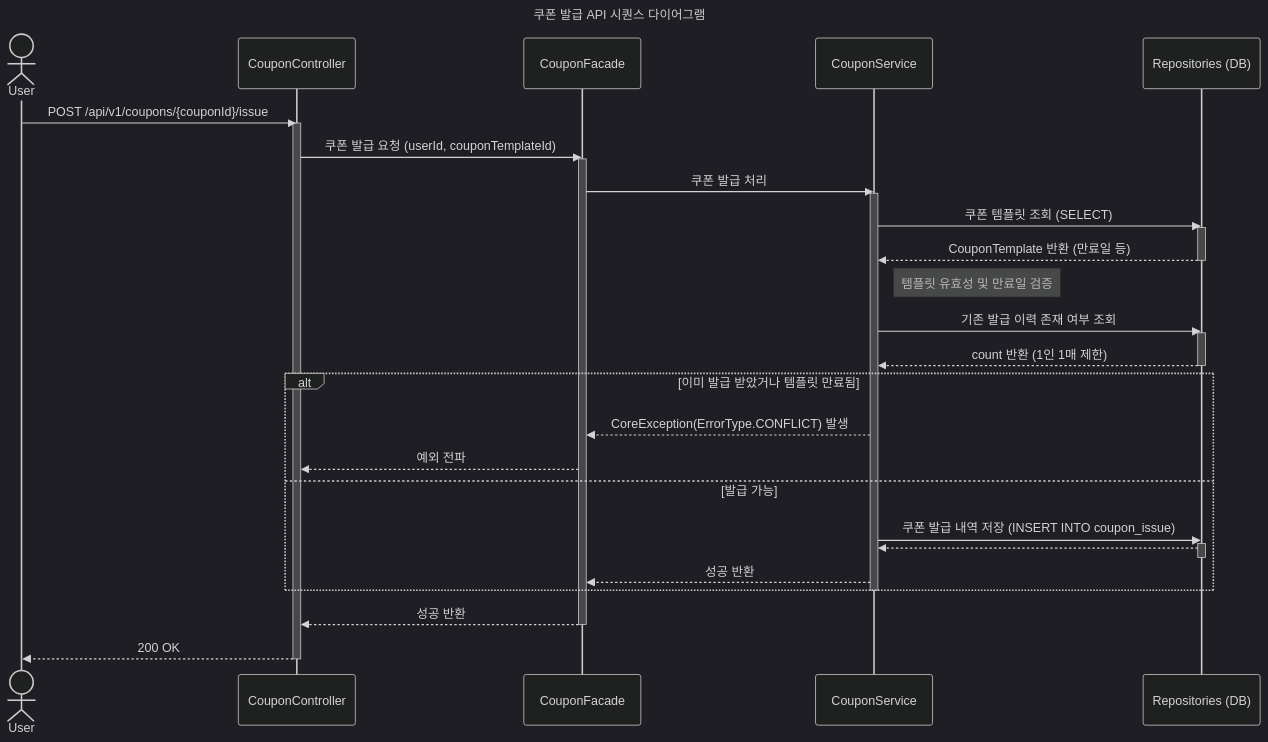
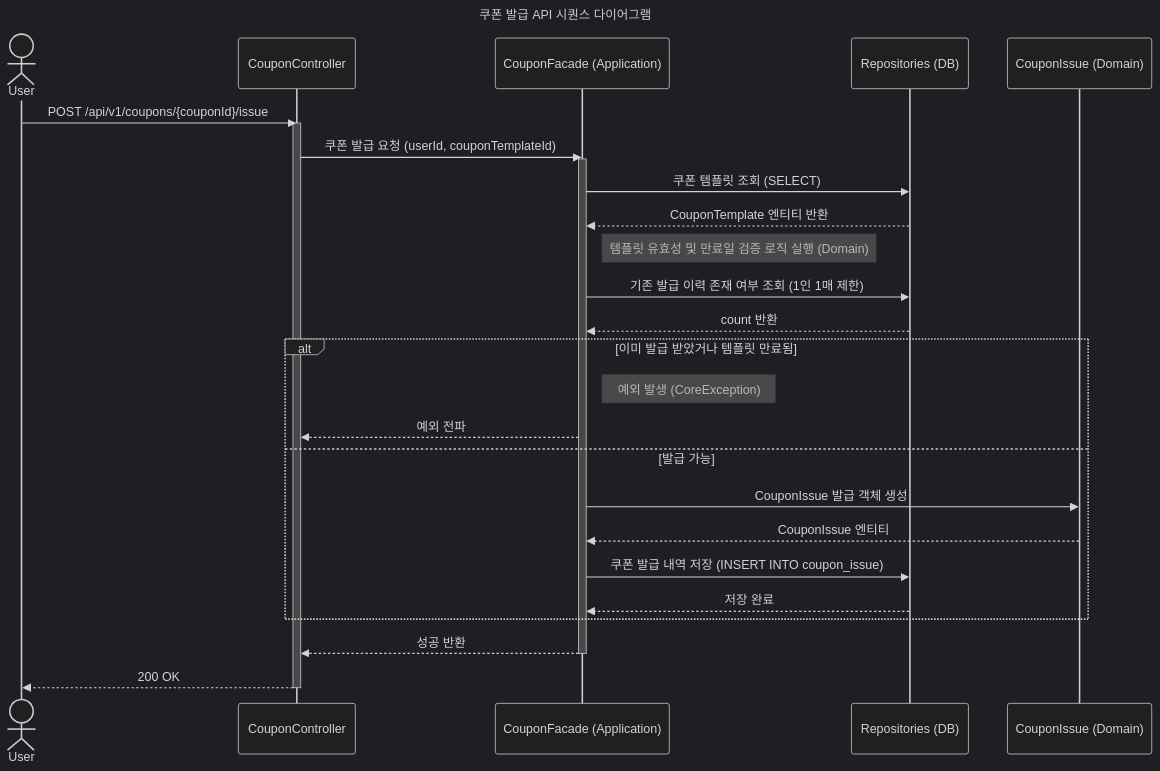
The fourth of 5 diagrams in docs/week2/02-sequence-diagrams.md (loopers-labs/loop-pack-be-l2-vol4-java), drawn with Mermaid (dark theme) before and after one commit. The commit also changed other lines of this file and 1 other file, not shown here.

````diff
--- a/docs/week2/02-sequence-diagrams.md
+++ b/docs/week2/02-sequence-diagrams.md
@@ -242,50 +132,37 @@
 ```mermaid
 sequenceDiagram
     title 쿠폰 발급 API 시퀀스 다이어그램
     actor User
     participant Controller as CouponController
-    participant Facade as CouponFacade
-    participant CouponSvc as CouponService
+    participant Facade as CouponFacade (Application)
     participant Repo as Repositories (DB)
+    participant Domain as CouponIssue (Domain)
 
     User->>Controller: POST /api/v1/coupons/{couponId}/issue
     activate Controller
 
     Controller->>Facade: 쿠폰 발급 요청 (userId, couponTemplateId)
     activate Facade
 
+    Facade->>Repo: 쿠폰 템플릿 조회 (SELECT)
+    Repo-->>Facade: CouponTemplate 엔티티 반환
 
-        Facade->>CouponSvc: 쿠폰 발급 처리
-        activate CouponSvc
+    Note right of Facade: 템플릿 유효성 및 만료일 검증 로직 실행 (Domain)
+    Facade->>Repo: 기존 발급 이력 존재 여부 조회 (1인 1매 제한)
+    Repo-->>Facade: count 반환 
 
-        CouponSvc->>Repo: 쿠폰 템플릿 조회 (SELECT)
-        activate Repo
-        Repo-->>CouponSvc: CouponTemplate 반환 (만료일 등)
-        deactivate Repo
-
-        Note right of CouponSvc: 템플릿 유효성 및 만료일 검증
-        
-        CouponSvc->>Repo: 기존 발급 이력 존재 여부 조회
-        activate Repo
-        Repo-->>CouponSvc: count 반환 (1인 1매 제한)
-        deactivate Repo
-
-        alt 이미 발급 받았거나 템플릿 만료됨
-            CouponSvc-->>Facade: CoreException(ErrorType.CONFLICT) 발생
-            Facade-->>Controller: 예외 전파
-        else 발급 가능
-            CouponSvc->>Repo: 쿠폰 발급 내역 저장 (INSERT INTO coupon_issue)
-            activate Repo
-            Repo-->>CouponSvc: 
-            deactivate Repo
-            CouponSvc-->>Facade: 성공 반환
-        end
-        deactivate CouponSvc
-
-
+    alt 이미 발급 받았거나 템플릿 만료됨
+        Note right of Facade: 예외 발생 (CoreException)
+        Facade-->>Controller: 예외 전파
+    else 발급 가능
+        Facade->>Domain: CouponIssue 발급 객체 생성
+        Domain-->>Facade: CouponIssue 엔티티
+        Facade->>Repo: 쿠폰 발급 내역 저장 (INSERT INTO coupon_issue)
+        Repo-->>Facade: 저장 완료
+    end
 
     Facade-->>Controller: 성공 반환
     deactivate Facade
     Controller-->>User: 200 OK
     deactivate Controller
 ```
````
